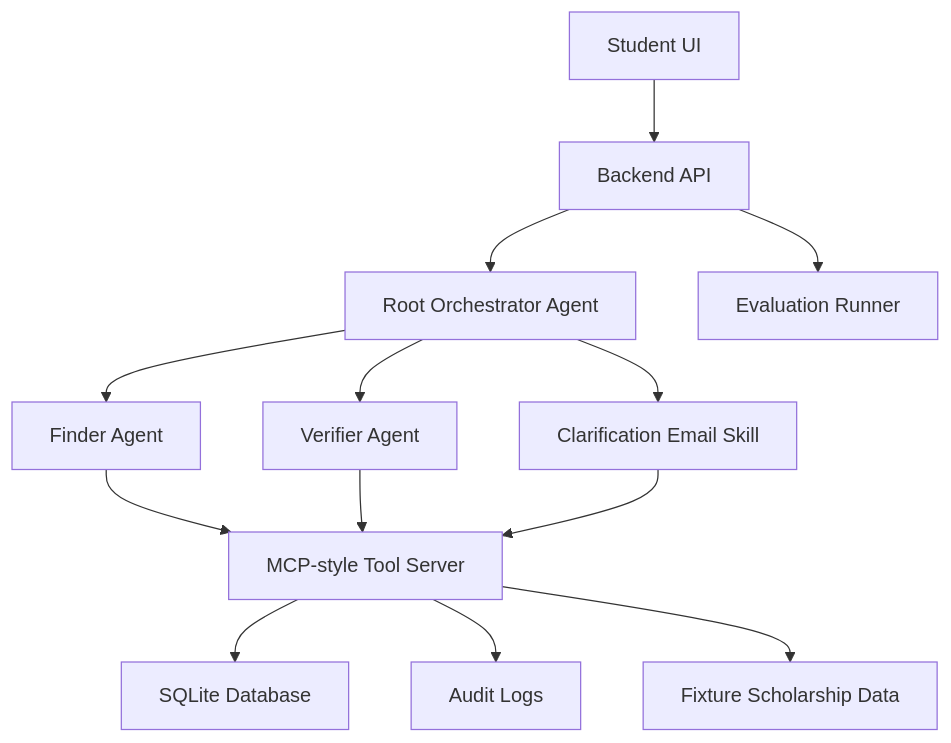
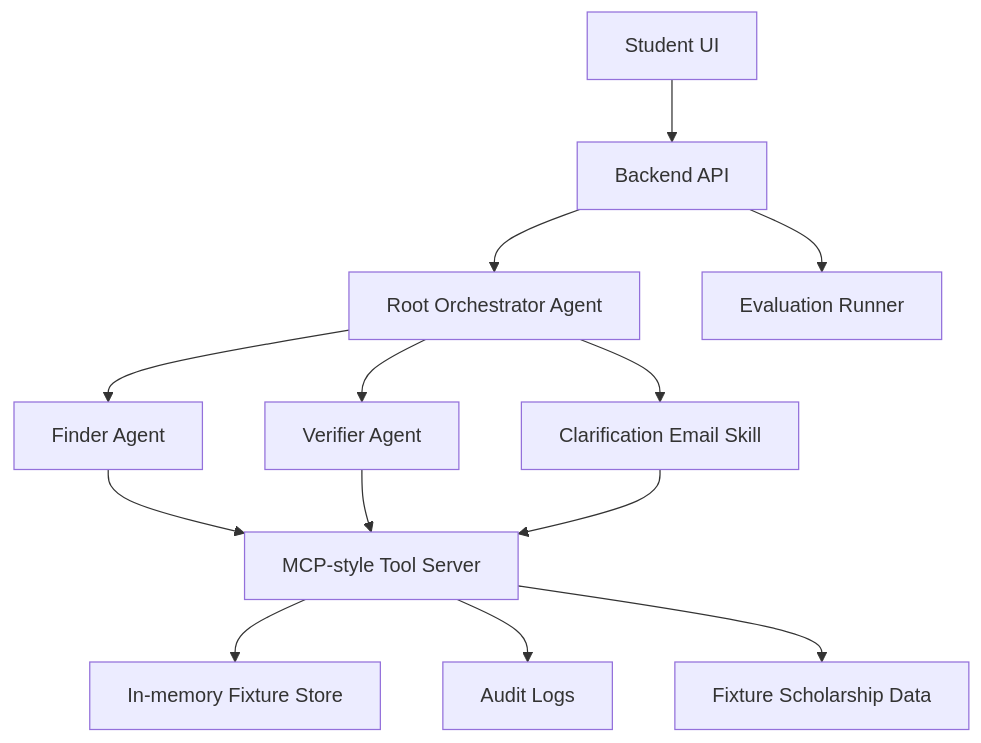
One commit to chris-cupcake97/fundmydegree-scholarship-agent changed the diagram in docs/architecture.md. Above: the diagram before and after it, drawn with Mermaid. The commit also changed other lines of this file and 98 other files, not shown here.

````diff
--- a/docs/architecture.md
+++ b/docs/architecture.md
@@ -5,15 +7,15 @@
 ```mermaid
 flowchart TD
     UI["Student UI"] --> API["Backend API"]
     API --> ROOT["Root Orchestrator Agent"]
     ROOT --> FINDER["Finder Agent"]
     ROOT --> VERIFIER["Verifier Agent"]
     ROOT --> EMAIL["Clarification Email Skill"]
     FINDER --> TOOLS["MCP-style Tool Server"]
     VERIFIER --> TOOLS
     EMAIL --> TOOLS
-    TOOLS --> DB["SQLite Database"]
+    TOOLS --> STORE["In-memory Fixture Store"]
     TOOLS --> LOGS["Audit Logs"]
     TOOLS --> FIXTURES["Fixture Scholarship Data"]
     API --> EVALS["Evaluation Runner"]
 ```
````
